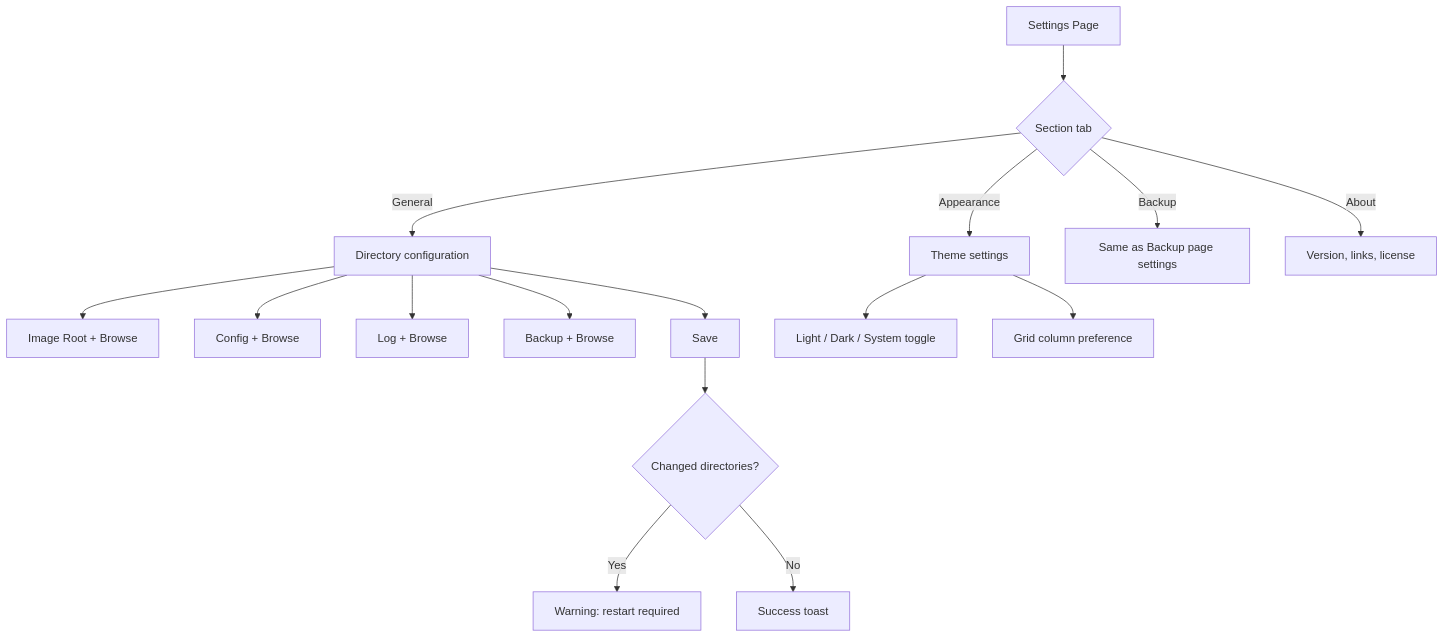
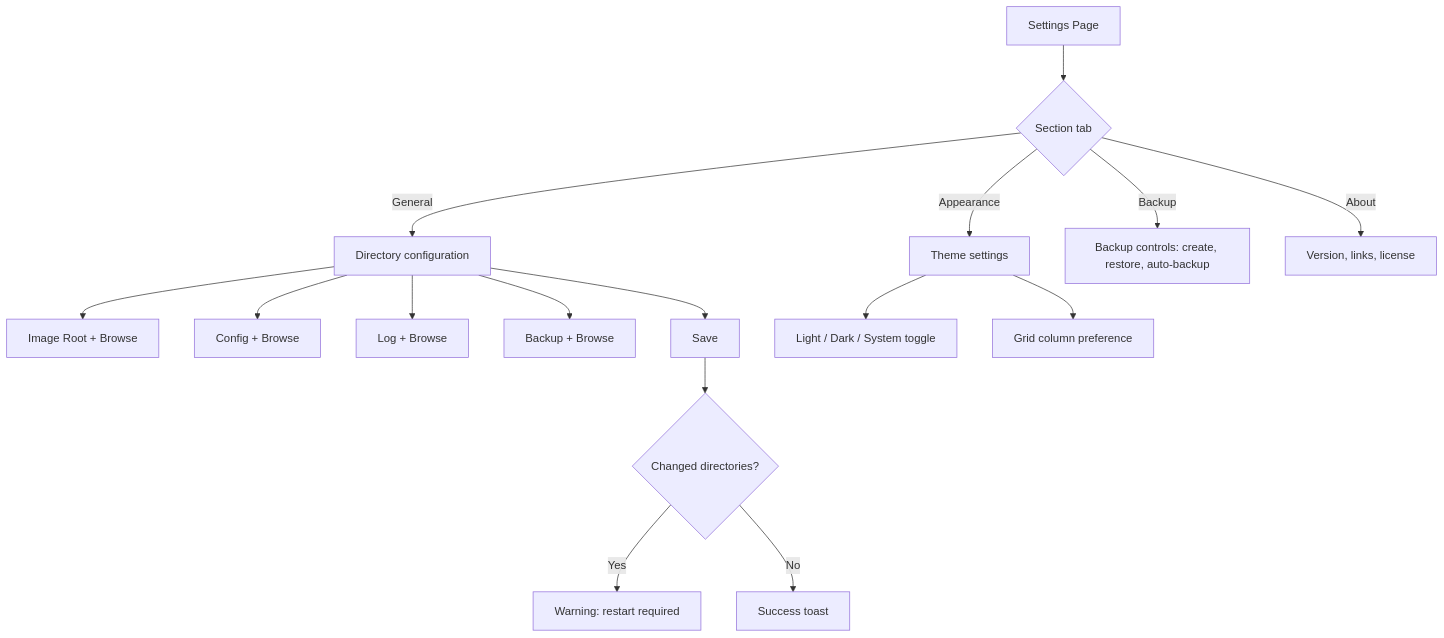
The eighth of 8 diagrams in docs/content/ux-redesign/_index.md (michael-freling/anime-image-viewer), drawn with Mermaid before and after one commit. The commit also changed other lines of this file and 37 other files, not shown here.

````diff
--- a/docs/content/ux-redesign/_index.md
+++ b/docs/content/ux-redesign/_index.md
@@ -277,23 +274,23 @@
 ```mermaid
 flowchart TD
     A[Settings Page] --> B{Section tab}
 
     B -->|General| C[Directory configuration]
     C --> D[Image Root + Browse]
     C --> E[Config + Browse]
     C --> F[Log + Browse]
     C --> G[Backup + Browse]
 
     B -->|Appearance| H[Theme settings]
     H --> I[Light / Dark / System toggle]
     H --> J[Grid column preference]
 
-    B -->|Backup| K[Same as Backup page settings]
+    B -->|Backup| K[Backup controls: create, restore, auto-backup]
 
     B -->|About| L[Version, links, license]
 
     C --> M[Save]
     M --> N{Changed directories?}
     N -->|Yes| O[Warning: restart required]
     N -->|No| P[Success toast]
 ```
````
